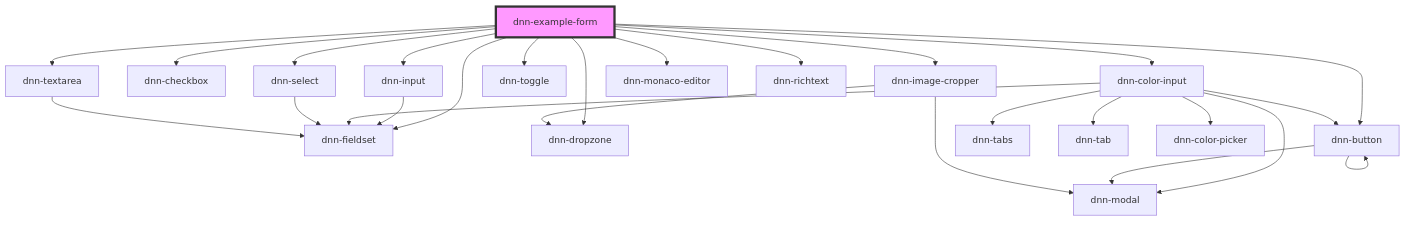
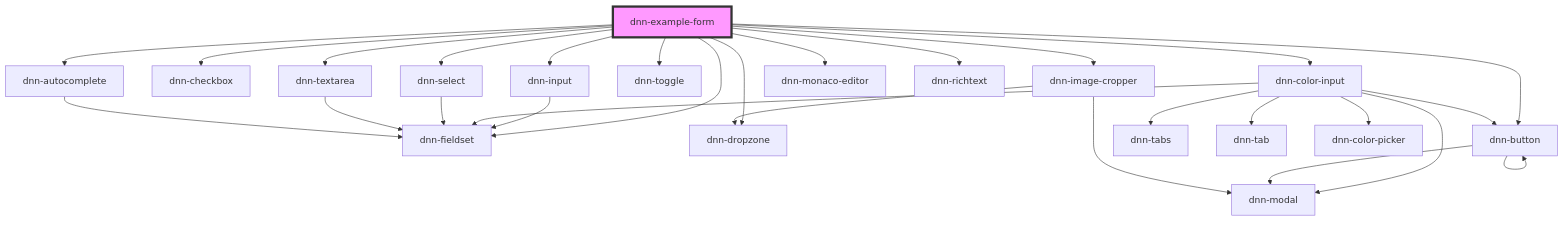
Before and after one commit to DNNCommunity/dnn-elements: the diagram in packages/stencil-library/src/components/examples/dnn-example-form/readme.md, drawn with Mermaid. The commit also changed other lines of this file and 11 other files, not shown here.

````diff
--- a/packages/stencil-library/src/components/examples/dnn-example-form/readme.md
+++ b/packages/stencil-library/src/components/examples/dnn-example-form/readme.md
@@ -30,29 +31,31 @@
 ```mermaid
 graph TD;
   dnn-example-form --> dnn-fieldset
   dnn-example-form --> dnn-input
   dnn-example-form --> dnn-checkbox
   dnn-example-form --> dnn-color-input
   dnn-example-form --> dnn-select
   dnn-example-form --> dnn-textarea
   dnn-example-form --> dnn-toggle
+  dnn-example-form --> dnn-autocomplete
   dnn-example-form --> dnn-dropzone
   dnn-example-form --> dnn-image-cropper
   dnn-example-form --> dnn-monaco-editor
   dnn-example-form --> dnn-richtext
   dnn-example-form --> dnn-button
   dnn-input --> dnn-fieldset
   dnn-color-input --> dnn-fieldset
   dnn-color-input --> dnn-modal
   dnn-color-input --> dnn-tabs
   dnn-color-input --> dnn-tab
   dnn-color-input --> dnn-color-picker
   dnn-color-input --> dnn-button
   dnn-button --> dnn-modal
   dnn-button --> dnn-button
   dnn-select --> dnn-fieldset
   dnn-textarea --> dnn-fieldset
+  dnn-autocomplete --> dnn-fieldset
   dnn-image-cropper --> dnn-dropzone
   dnn-image-cropper --> dnn-modal
   style dnn-example-form fill:#f9f,stroke:#333,stroke-width:4px
 ```
````
